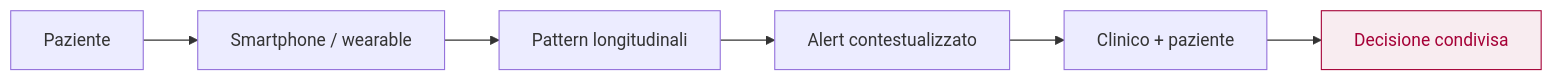
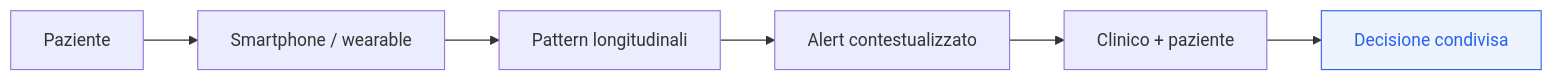
Before and after one commit to cremarco/mindful-workshop: the second of 4 diagrams in slides.md, drawn with Mermaid. The commit also changed other lines of this file and 4 other files, not shown here.

````diff
--- a/slides.md
+++ b/slides.md
@@ -1302,9 +1329,9 @@
 ```mermaid {theme: 'base'}
 flowchart LR
   A["Paziente"] --> B["Smartphone / wearable"]
   B --> C["Pattern longitudinali"]
   C --> D["Alert contestualizzato"]
   D --> E["Clinico + paziente"]
   E --> F["Decisione condivisa"]
-  style F fill:#f8ecf0,stroke:#a50036,color:#a50036
+  style F fill:#eef3fd,stroke:#2563eb,color:#2563eb
 ```
````
